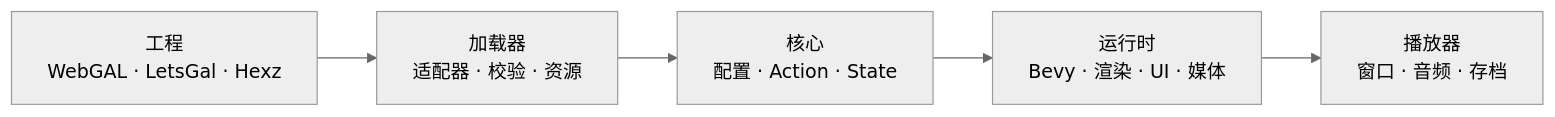
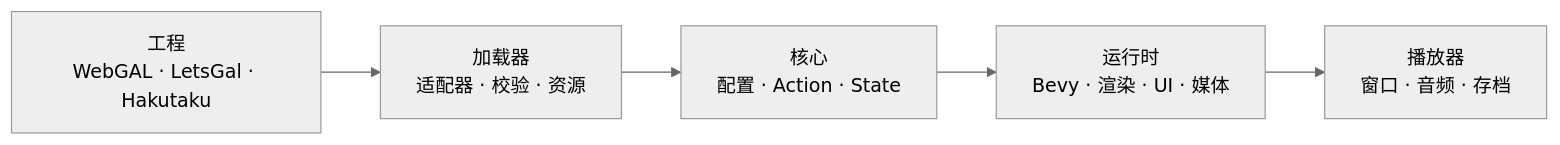
One commit to maincoretech/keine changed the second of 4 diagrams in README_CN.md. Above: the diagram before and after it, drawn with Mermaid (neutral theme). The commit also changed other lines of this file and 42 other files, not shown here.

````diff
--- a/README_CN.md
+++ b/README_CN.md
@@ -143,7 +143,7 @@
 ```mermaid
 flowchart LR
-    P["工程<br/>WebGAL · LetsGal · Hexz"] --> L["加载器<br/>适配器 · 校验 · 资源"]
+    P["工程<br/>WebGAL · LetsGal · Hakutaku"] --> L["加载器<br/>适配器 · 校验 · 资源"]
     L --> C["核心<br/>配置 · Action · State"]
     C --> R["运行时<br/>Bevy · 渲染 · UI · 媒体"]
     R --> O["播放器<br/>窗口 · 音频 · 存档"]
 ```
````
